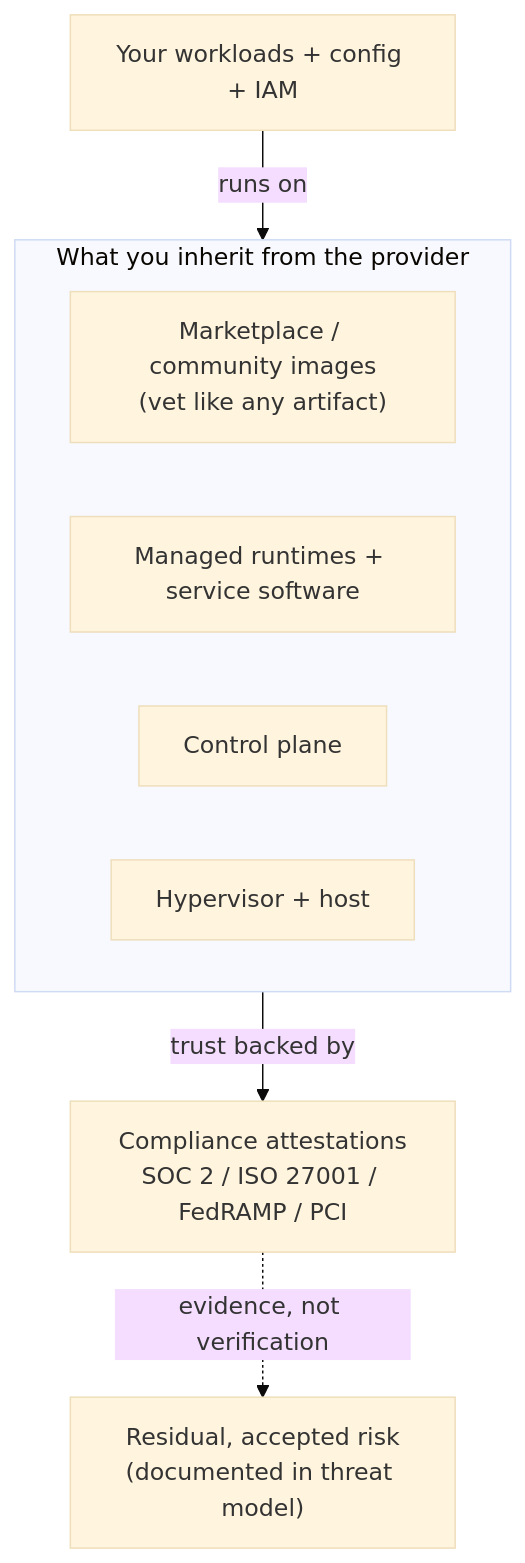
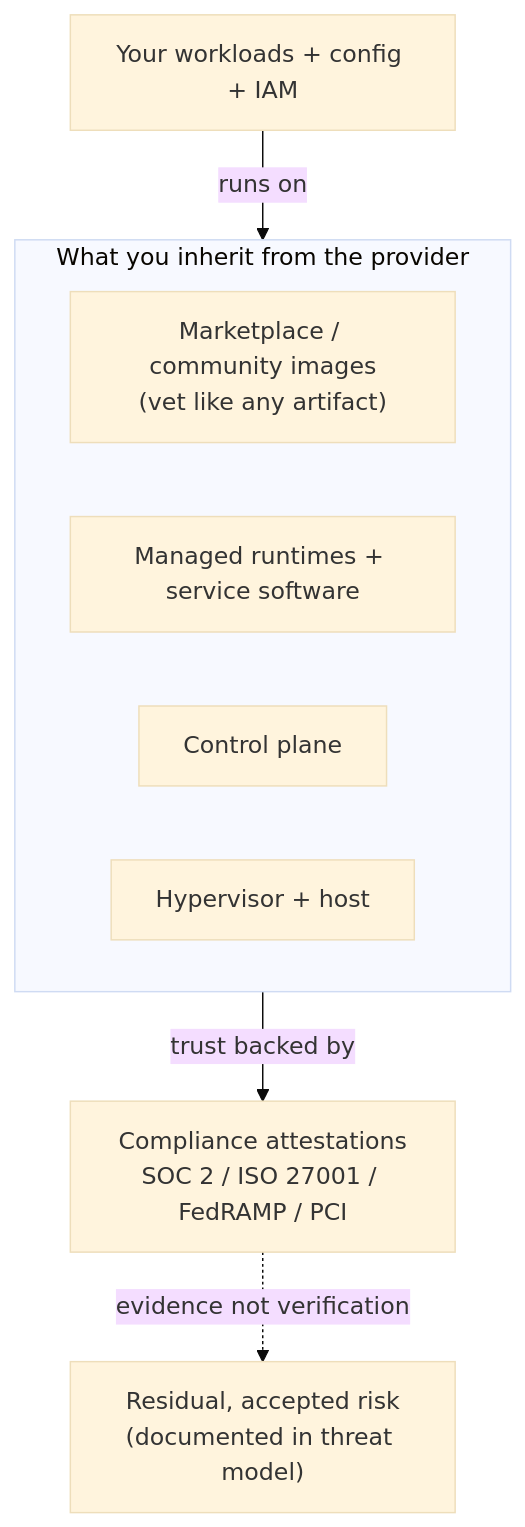
The fourth of 7 diagrams in book-06-cloud-native/ch09-serverless-managed.md (bumbsclaw/textbooks), drawn with Mermaid (base theme) before and after one commit. The commit also changed other lines of this file and 173 other files, not shown here.

First line of the commit message:
fix(mermaid): close note brackets, semicolons in Notes, stateDiagram br -> dash, edge parens

````diff
--- a/book-06-cloud-native/ch09-serverless-managed.md
+++ b/book-06-cloud-native/ch09-serverless-managed.md
@@ -417,14 +417,14 @@
 ```mermaid
 flowchart TB
   YOU["Your workloads + config + IAM"]
   subgraph INHERITED["What you inherit from the provider"]
     IMG["Marketplace / community images<br/>(vet like any artifact)"]
     RT["Managed runtimes + service software"]
     CP["Control plane"]
     HV["Hypervisor + host"]
   end
   ATTEST["Compliance attestations<br/>SOC 2 / ISO 27001 / FedRAMP / PCI"]
   YOU -->|"runs on"| INHERITED
   INHERITED -->|"trust backed by"| ATTEST
-  ATTEST -.->|"evidence, not verification"| RESIDUAL["Residual, accepted risk<br/>(documented in threat model)"]
+  ATTEST -.->|"evidence not verification"| RESIDUAL["Residual, accepted risk<br/>(documented in threat model)"]
 ```
````
